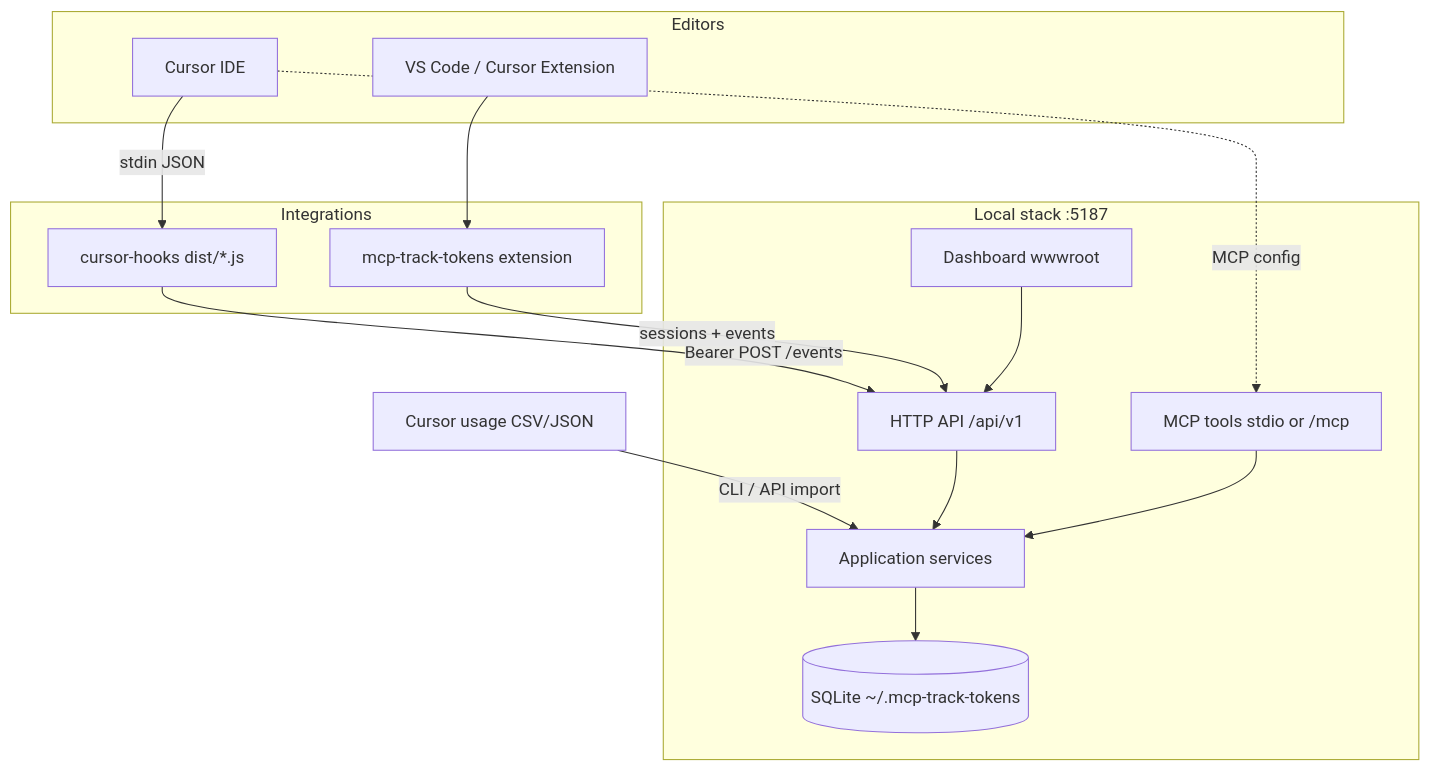
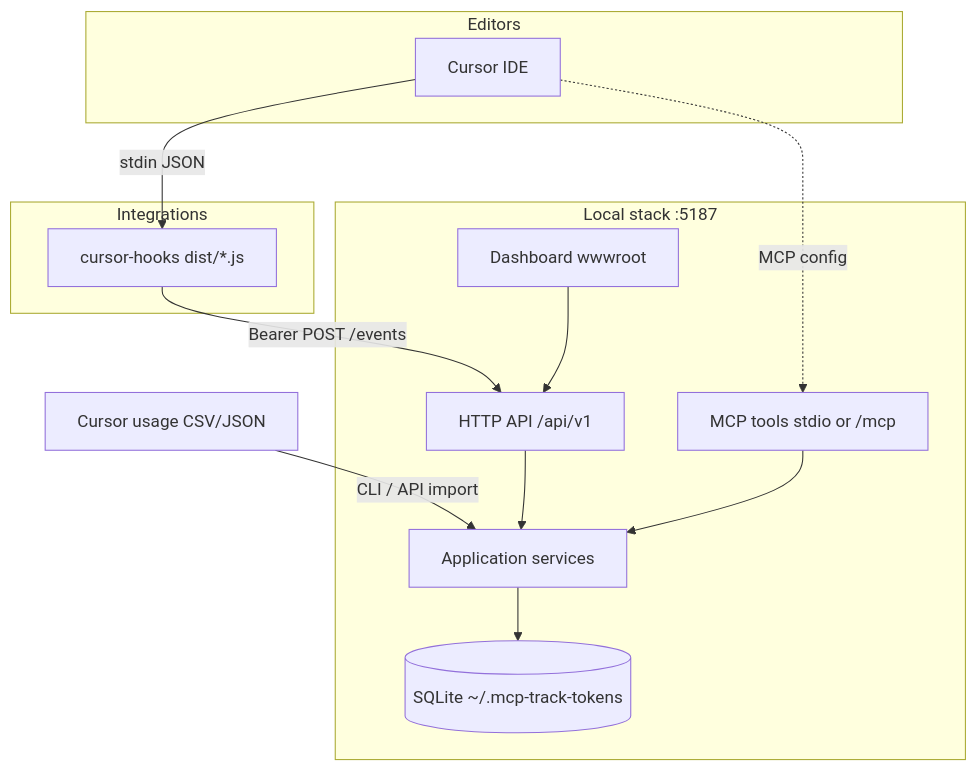
Before and after one commit to mariogib/mcp-track-tokens: the first of 3 diagrams in README.md, drawn with Mermaid. The commit also changed other lines of this file and 54 other files, not shown here.

First line of the commit message:
Remove the VS Code/Cursor editor extension and MSI install option.

````diff
--- a/README.md
+++ b/README.md
@@ -99,33 +95,29 @@
 ```mermaid
 flowchart TB
   subgraph Editors
     Cursor[Cursor IDE]
-    VSCode[VS Code / Cursor Extension]
   end
 
   subgraph Integrations
     Hooks[cursor-hooks dist/*.js]
-    Ext[mcp-track-tokens extension]
   end
 
   subgraph LocalStack["Local stack :5187"]
     API[HTTP API /api/v1]
     MCP[MCP tools stdio or /mcp]
     Dash[Dashboard wwwroot]
     App[Application services]
     DB[(SQLite ~/.mcp-track-tokens)]
   end
 
   CSV[Cursor usage CSV/JSON]
 
   Cursor -->|stdin JSON| Hooks
   Hooks -->|Bearer POST /events| API
-  VSCode --> Ext
-  Ext -->|sessions + events| API
   CSV -->|CLI / API import| App
   API --> App
   MCP --> App
   Dash --> API
   App --> DB
   Cursor -.->|MCP config| MCP
 ```
````
